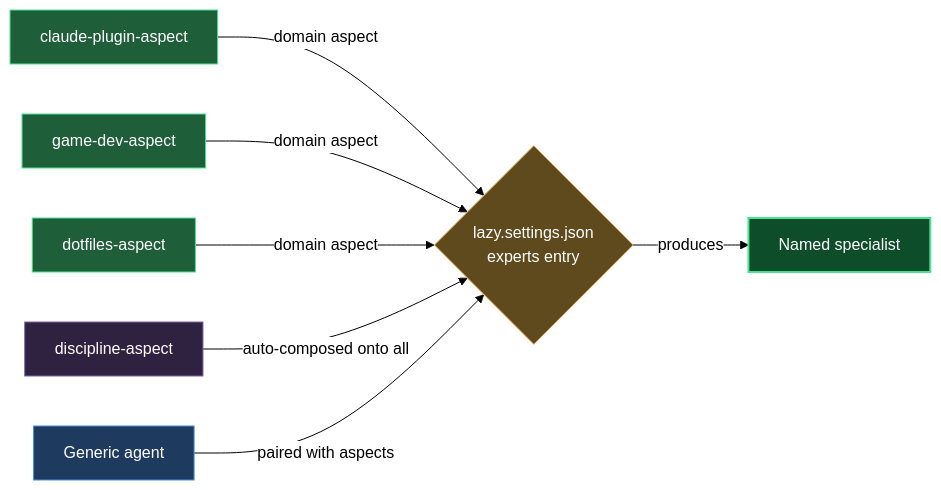
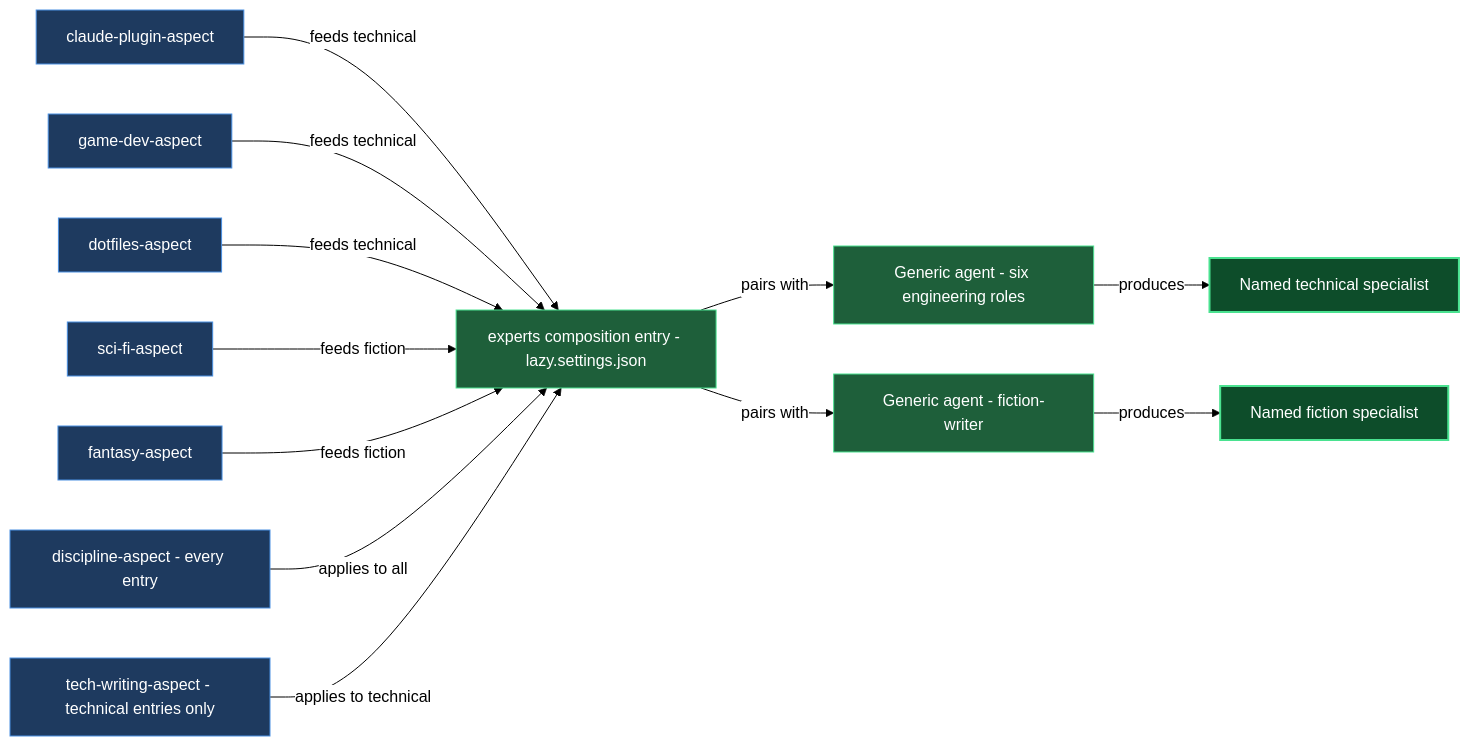
The diagram in claude/lazycortex-experts/help/aspects.md (mebius-san/lazy-cortex), drawn with Mermaid before and after one commit. The commit also changed other lines of this file and 63 other files, not shown here.

````diff
--- a/claude/lazycortex-experts/help/aspects.md
+++ b/claude/lazycortex-experts/help/aspects.md
@@ -72,32 +82,45 @@
 ```mermaid
 %%{init: {'themeVariables':{'background':'transparent','lineColor':'#000','textColor':'#000','edgeLabelBackground':'#fff'},'themeCSS':'.edgeLabel{background-color:transparent!important}.edgeLabel p{background-color:transparent!important}','flowchart':{'diagramPadding':5,'useMaxWidth':true}}}%%
 flowchart LR
   claudePluginAspect[claude-plugin-aspect]
   gameDevAspect[game-dev-aspect]
   dotfilesAspect[dotfiles-aspect]
-  disciplineAspect[discipline-aspect]
-  genericAgent[Generic agent]
-  expertsEntry{lazy.settings.json\nexperts entry}
-  namedSpecialist[Named specialist]
+  sciFiAspect[sci-fi-aspect]
+  fantasyAspect[fantasy-aspect]
+  disciplineAspect[discipline-aspect - every entry]
+  techWritingAspect[tech-writing-aspect - technical entries only]
+  expertsComposition[experts composition entry - lazy.settings.json]
+  engineeringRolesAgent[Generic agent - six engineering roles]
+  fictionWriterAgent[Generic agent - fiction-writer]
+  technicalSpecialist[Named technical specialist]
+  fictionSpecialist[Named fiction specialist]
 
-  claudePluginAspect -->|domain aspect| expertsEntry
-  gameDevAspect -->|domain aspect| expertsEntry
-  dotfilesAspect -->|domain aspect| expertsEntry
-  disciplineAspect -->|auto-composed onto all| expertsEntry
-  genericAgent -->|paired with aspects| expertsEntry
-  expertsEntry -->|produces| namedSpecialist
+  claudePluginAspect -->|feeds technical| expertsComposition
+  gameDevAspect -->|feeds technical| expertsComposition
+  dotfilesAspect -->|feeds technical| expertsComposition
+  sciFiAspect -->|feeds fiction| expertsComposition
+  fantasyAspect -->|feeds fiction| expertsComposition
+  disciplineAspect -->|applies to all| expertsComposition
+  techWritingAspect -->|applies to technical| expertsComposition
+  expertsComposition -->|pairs with| engineeringRolesAgent
+  expertsComposition -->|pairs with| fictionWriterAgent
+  engineeringRolesAgent -->|produces| technicalSpecialist
+  fictionWriterAgent -->|produces| fictionSpecialist
 
   classDef entry fill:#1e3a5f,stroke:#4a90e2,color:#fff
-  classDef guard fill:#5f4a1e,stroke:#e2a14a,color:#fff
   classDef action fill:#1e5f3a,stroke:#4ae290,color:#fff
   classDef success fill:#0d4d2a,stroke:#4ae290,color:#fff,stroke-width:2px
-  classDef sub fill:#2e2240,stroke:#7e63a8,color:#fff
 
-  class claudePluginAspect action
-  class gameDevAspect action
-  class dotfilesAspect action
-  class disciplineAspect sub
-  class genericAgent entry
-  class expertsEntry guard
-  class namedSpecialist success
+  class claudePluginAspect entry
+  class gameDevAspect entry
+  class dotfilesAspect entry
+  class sciFiAspect entry
+  class fantasyAspect entry
+  class disciplineAspect entry
+  class techWritingAspect entry
+  class expertsComposition action
+  class engineeringRolesAgent action
+  class fictionWriterAgent action
+  class technicalSpecialist success
+  class fictionSpecialist success
 ```
````
